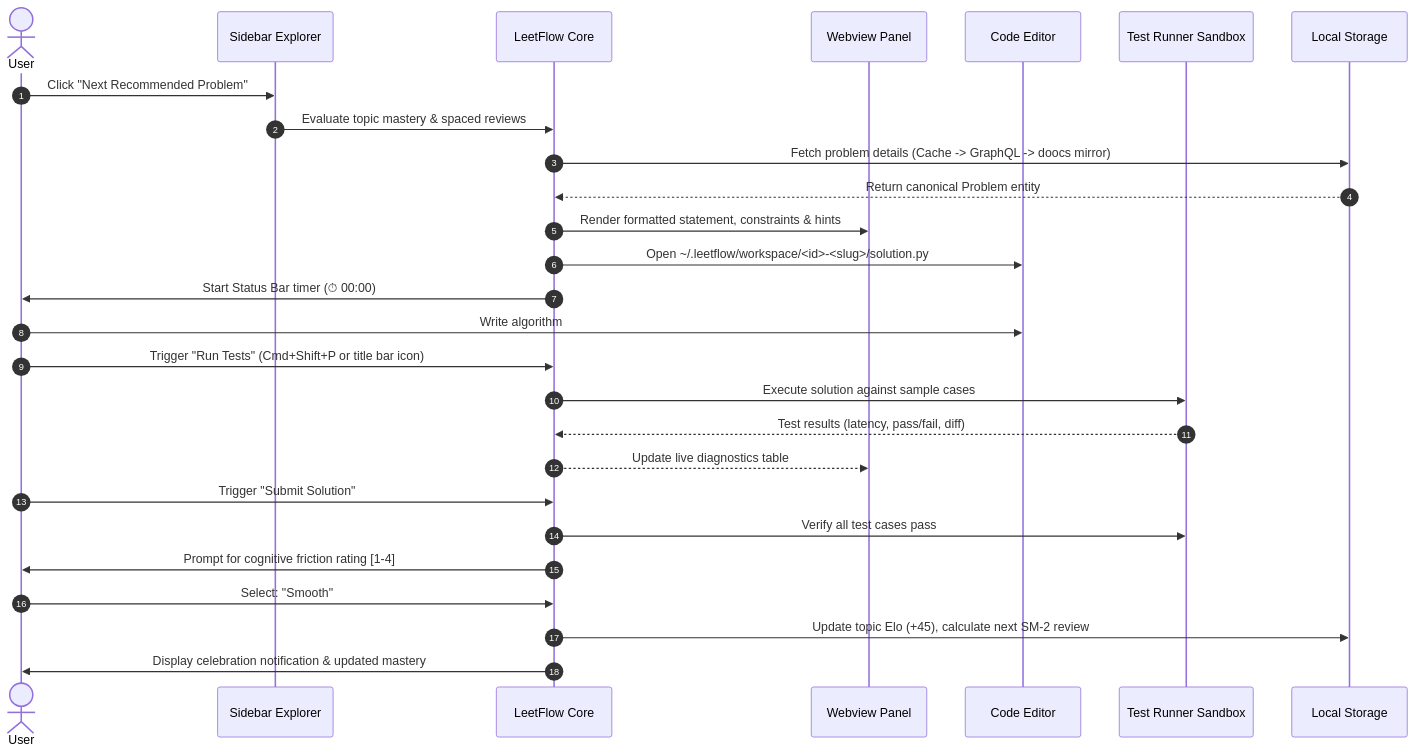
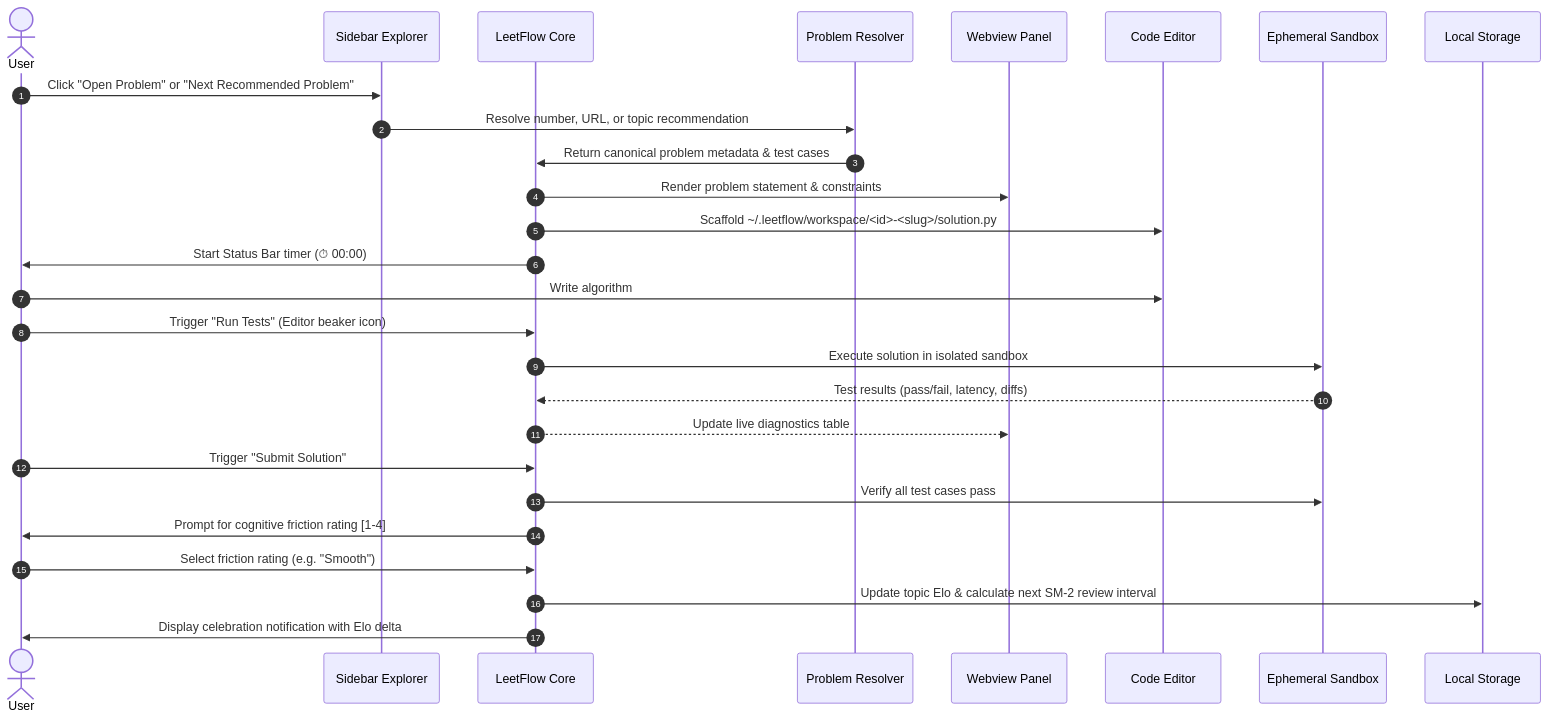
Before and after one commit to dev-ansung/leetflow: the diagram in README.md, drawn with Mermaid. The commit also changed other lines of this file, not shown here.

Commit message:
docs(readme): rewrite README to reflect full feature set and architecture

````diff
--- a/README.md
+++ b/README.md
@@ -83,30 +50,30 @@
 ```mermaid
 sequenceDiagram
     autonumber
     actor User
     participant Tree as Sidebar Explorer
     participant Ext as LeetFlow Core
+    participant Resolver as Problem Resolver
     participant Web as Webview Panel
     participant Edit as Code Editor
-    participant Runner as Test Runner Sandbox
-    participant Cache as Local Storage
+    participant Runner as Ephemeral Sandbox
+    participant Storage as Local Storage
 
-    User->>Tree: Click "Next Recommended Problem"
-    Tree->>Ext: Evaluate topic mastery & spaced reviews
-    Ext->>Cache: Fetch problem details (Cache -> GraphQL -> doocs mirror)
-    Cache-->>Ext: Return canonical Problem entity
-    Ext->>Web: Render formatted statement, constraints & hints
-    Ext->>Edit: Open ~/.leetflow/workspace/<id>-<slug>/solution.py
+    User->>Tree: Click "Open Problem" or "Next Recommended Problem"
+    Tree->>Resolver: Resolve number, URL, or topic recommendation
+    Resolver->>Ext: Return canonical problem metadata & test cases
+    Ext->>Web: Render problem statement & constraints
+    Ext->>Edit: Scaffold ~/.leetflow/workspace/<id>-<slug>/solution.py
     Ext->>User: Start Status Bar timer (⏱ 00:00)
     User->>Edit: Write algorithm
-    User->>Ext: Trigger "Run Tests" (Cmd+Shift+P or title bar icon)
-    Ext->>Runner: Execute solution against sample cases
-    Runner-->>Ext: Test results (latency, pass/fail, diff)
+    User->>Ext: Trigger "Run Tests" (Editor beaker icon)
+    Ext->>Runner: Execute solution in isolated sandbox
+    Runner-->>Ext: Test results (pass/fail, latency, diffs)
     Ext-->>Web: Update live diagnostics table
     User->>Ext: Trigger "Submit Solution"
     Ext->>Runner: Verify all test cases pass
     Ext->>User: Prompt for cognitive friction rating [1-4]
-    User->>Ext: Select: "Smooth"
-    Ext->>Cache: Update topic Elo (+45), calculate next SM-2 review
-    Ext->>User: Display celebration notification & updated mastery
+    User->>Ext: Select friction rating (e.g. "Smooth")
+    Ext->>Storage: Update topic Elo & calculate next SM-2 review interval
+    Ext->>User: Display celebration notification with Elo delta
 ```
````
